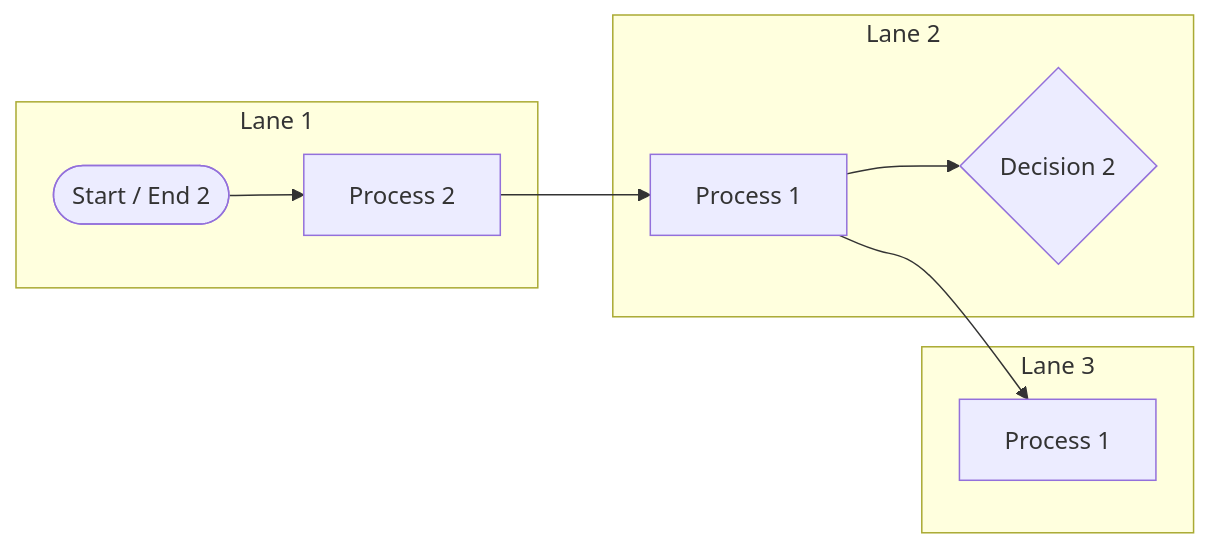
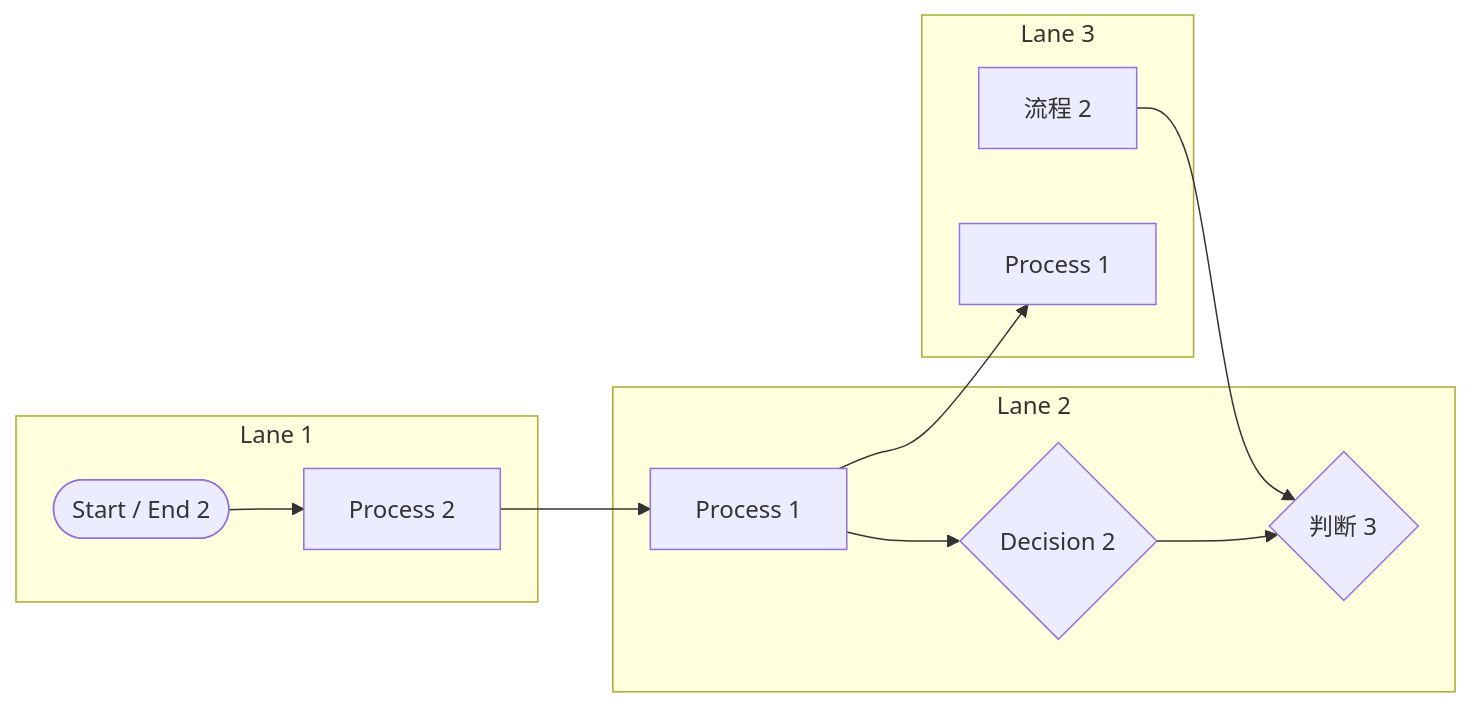
One commit to pingpm/mermaid_vault changed the diagram in mmd/123_9b882ae4-c4df-432b-9e50-9fb05b2c95e5.mmd. Above: the diagram before and after it, drawn with Mermaid. The commit also changed 2 other files, not shown here.

Commit message:
Sync Mermaid Studio data (14 diagrams)

```diff
--- a/mmd/123_9b882ae4-c4df-432b-9e50-9fb05b2c95e5.mmd
+++ b/mmd/123_9b882ae4-c4df-432b-9e50-9fb05b2c95e5.mmd
@@ -1,18 +1,22 @@
 flowchart LR
   subgraph lane_0["Lane 1"]
     t_0["Process 2"]
     t_1(["Start / End 2"])
   end
   subgraph lane_1["Lane 2"]
     t_2{"Decision 2"}
     %% [tag:existing] 已有 | 阿斯顿撒娇看了大姐撒开
     t_3["Process 1"]
+    t_4{"判断 3"}
   end
   subgraph lane_2["Lane 3"]
-    t_4["Process 1"]
+    t_5["流程 2"]
+    t_6["Process 1"]
     %% [tag:other] 其他 | 2为企鹅12312321
   end
   t_1 --> t_0
   t_0 --> t_3
   t_3 --> t_2
-  t_3 --> t_4
+  t_3 --> t_6
+  t_5 --> t_4
+  t_2 --> t_4
```
